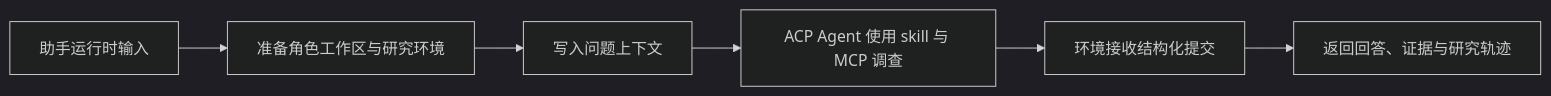
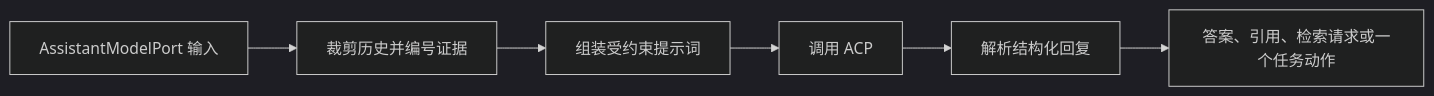
One commit to lejunyang/omem changed the diagram in .repo-review/knowledge/articles/12661f71bb7b912e4993949f4b3d1d6f22c399845d20c1cbced17ce858b7b0cf.md. Above: the diagram before and after it, drawn with Mermaid (dark theme). The commit also changed other lines of this file and 7 other files, not shown here.

Commit message:
docs: record material-first answer regressions and reviewed ACP flow

````diff
--- a/.repo-review/knowledge/articles/12661f71bb7b912e4993949f4b3d1d6f22c399845d20c1cbced17ce858b7b0cf.md
+++ b/.repo-review/knowledge/articles/12661f71bb7b912e4993949f4b3d1d6f22c399845d20c1cbced17ce858b7b0cf.md
@@ -19,8 +19,8 @@
 ```mermaid
 flowchart LR
-  A[助手运行时输入] --> B[准备角色工作区与研究环境]
-  B --> C[写入问题上下文]
-  C --> D[ACP Agent 使用 skill 与 MCP 调查]
-  D --> E[环境接收结构化提交]
-  E --> F[返回回答、证据与研究轨迹]
+  A[AssistantModelPort 输入] --> B[裁剪历史并编号证据]
+  B --> C[组装受约束提示词]
+  C --> D[调用 ACP]
+  D --> E[解析结构化回复]
+  E --> F[答案、引用、检索请求或一个任务动作]
 ```
````
